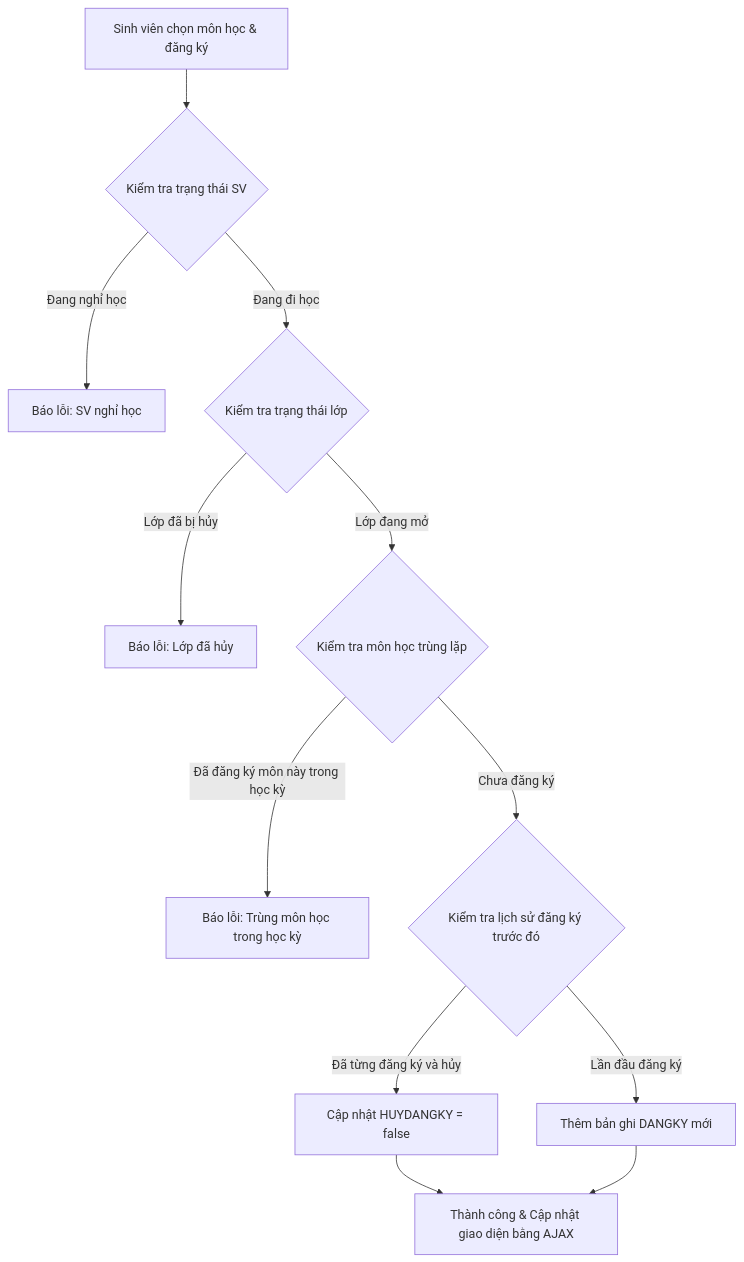
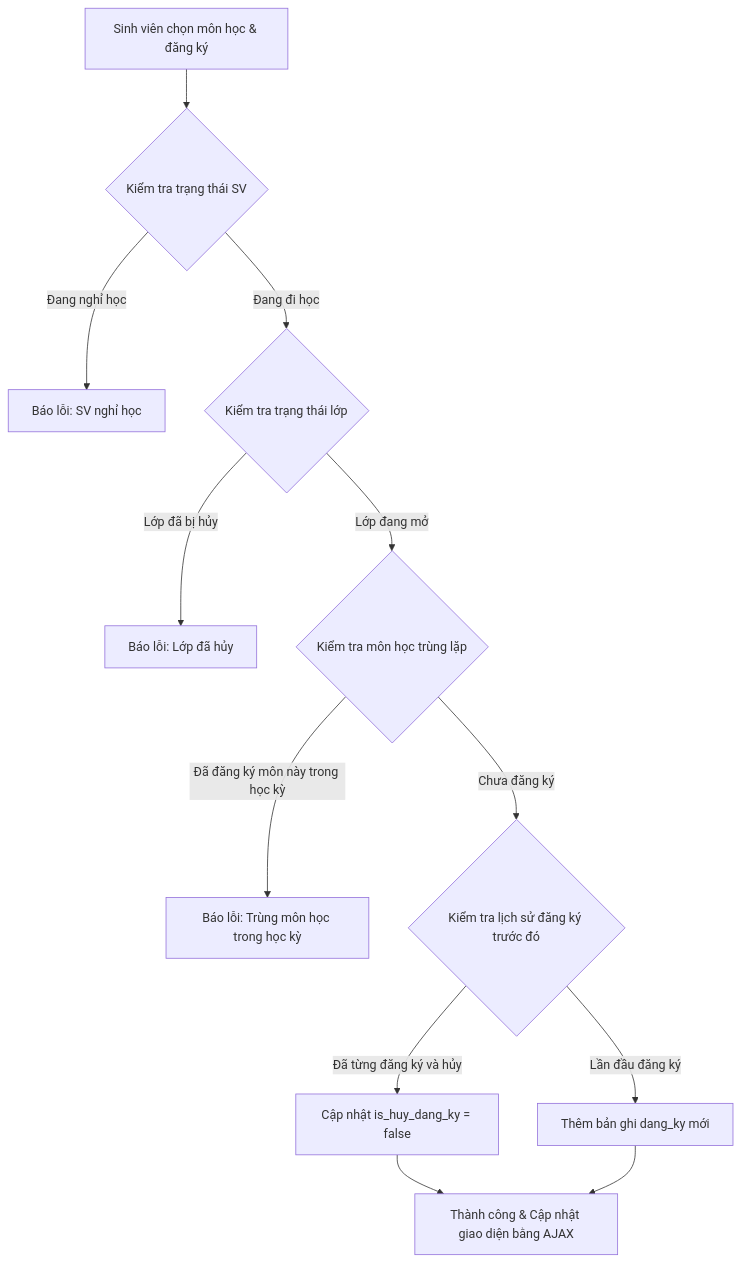
The second of 2 diagrams in README.md (chivinh123abc/QLDSV_HQT_WEB), drawn with Mermaid before and after one commit. The commit also changed other lines of this file and 55 other files, not shown here.

````diff
--- a/README.md
+++ b/README.md
@@ -161,14 +234,14 @@
 ```mermaid
 graph TD
     A[Sinh viên chọn môn học & đăng ký] --> B{Kiểm tra trạng thái SV}
     B -- Đang nghỉ học --> C[Báo lỗi: SV nghỉ học]
     B -- Đang đi học --> D{Kiểm tra trạng thái lớp}
     D -- Lớp đã bị hủy --> E[Báo lỗi: Lớp đã hủy]
     D -- Lớp đang mở --> F{Kiểm tra môn học trùng lặp}
     F -- Đã đăng ký môn này trong học kỳ --> G[Báo lỗi: Trùng môn học trong học kỳ]
     F -- Chưa đăng ký --> H{Kiểm tra lịch sử đăng ký trước đó}
-    H -- Đã từng đăng ký và hủy --> I[Cập nhật HUYDANGKY = false]
-    H -- Lần đầu đăng ký --> J[Thêm bản ghi DANGKY mới]
+    H -- Đã từng đăng ký và hủy --> I[Cập nhật is_huy_dang_ky = false]
+    H -- Lần đầu đăng ký --> J[Thêm bản ghi dang_ky mới]
     I --> K[Thành công & Cập nhật giao diện bằng AJAX]
     J --> K
 ```
````
